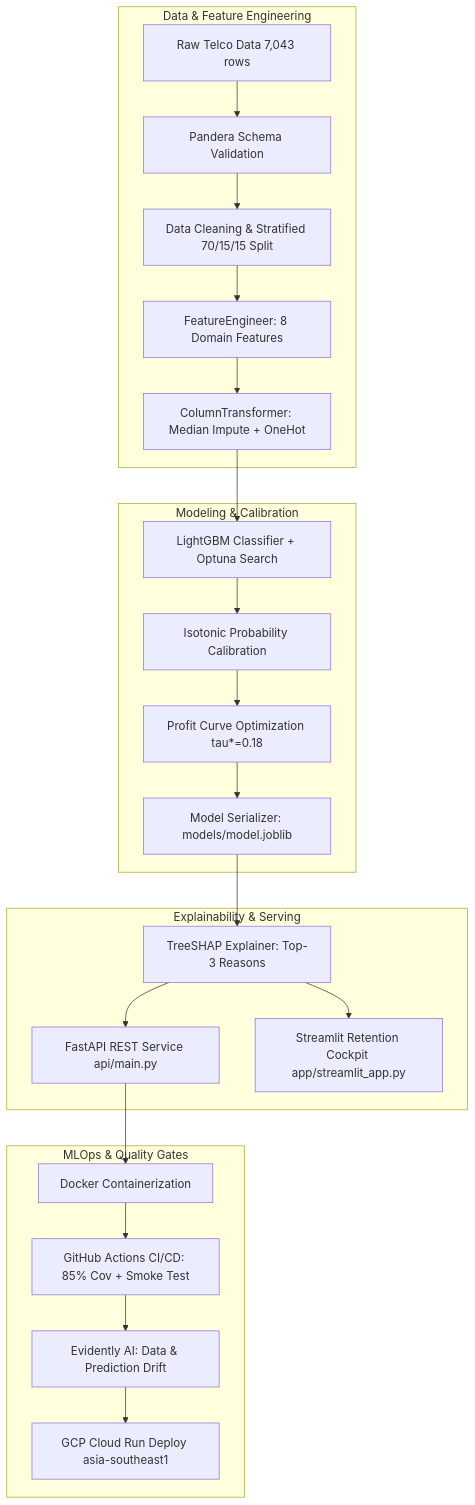
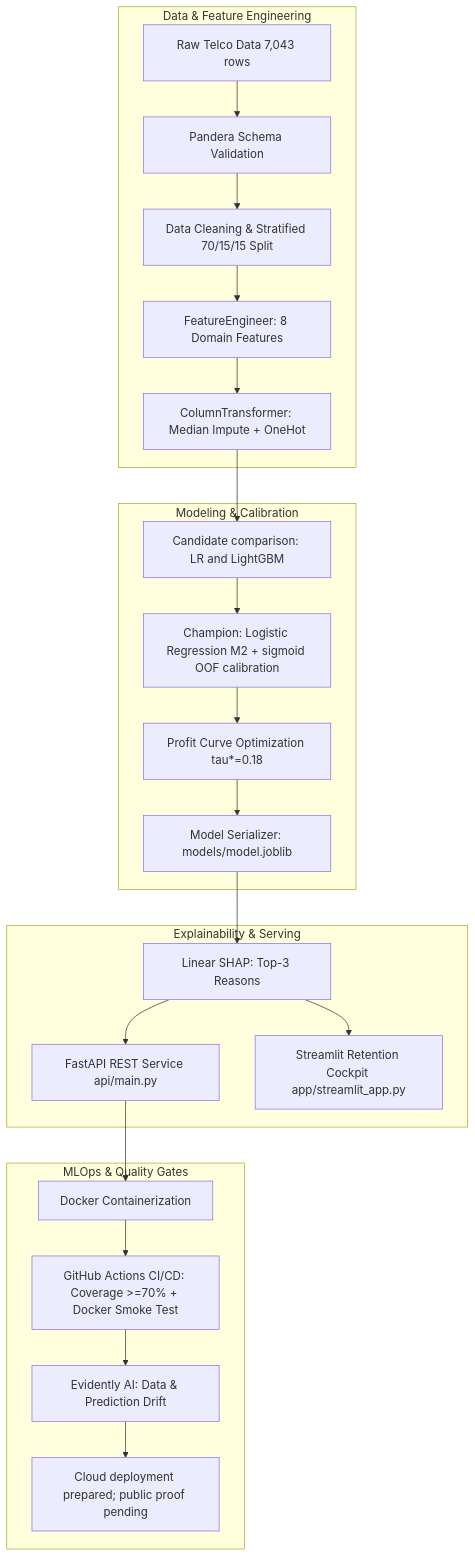
One commit to luqshzeeq3601-art/02_ChurnGuard_Telco_Churn_Prediction changed the diagram in README.md. Above: the diagram before and after it, drawn with Mermaid. The commit also changed other lines of this file and 9 other files, not shown here.

````diff
--- a/README.md
+++ b/README.md
@@ -98,29 +98,29 @@
 ```mermaid
 flowchart TD
     subgraph Data & Feature Engineering
         A[Raw Telco Data 7,043 rows] --> B[Pandera Schema Validation]
         B --> C[Data Cleaning & Stratified 70/15/15 Split]
         C --> D[FeatureEngineer: 8 Domain Features]
         D --> E[ColumnTransformer: Median Impute + OneHot]
     end
 
     subgraph Modeling & Calibration
-        E --> F[LightGBM Classifier + Optuna Search]
-        F --> G[Isotonic Probability Calibration]
+        E --> F[Candidate comparison: LR and LightGBM]
+        F --> G[Champion: Logistic Regression M2 + sigmoid OOF calibration]
         G --> H[Profit Curve Optimization tau*=0.18]
         H --> I[Model Serializer: models/model.joblib]
     end
 
     subgraph Explainability & Serving
-        I --> J[TreeSHAP Explainer: Top-3 Reasons]
+        I --> J[Linear SHAP: Top-3 Reasons]
         J --> K[FastAPI REST Service api/main.py]
         J --> L[Streamlit Retention Cockpit app/streamlit_app.py]
     end
 
     subgraph MLOps & Quality Gates
         K --> M[Docker Containerization]
-        M --> N[GitHub Actions CI/CD: 85% Cov + Smoke Test]
+        M --> N[GitHub Actions CI/CD: Coverage >=70% + Docker Smoke Test]
         N --> O[Evidently AI: Data & Prediction Drift]
-        O --> P[GCP Cloud Run Deploy asia-southeast1]
+        O --> P[Cloud deployment prepared; public proof pending]
     end
 ```
````
